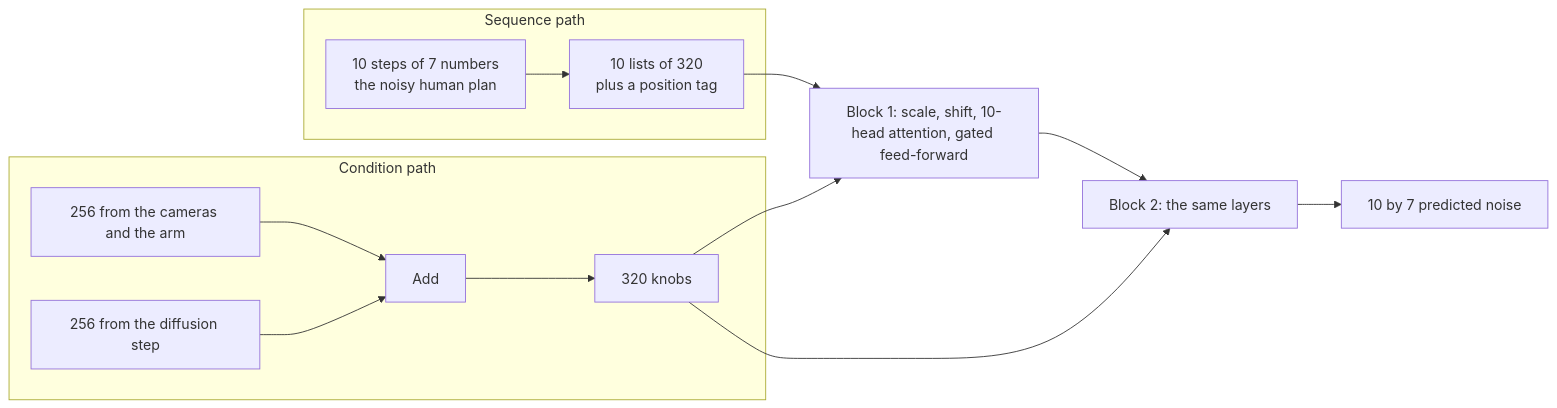
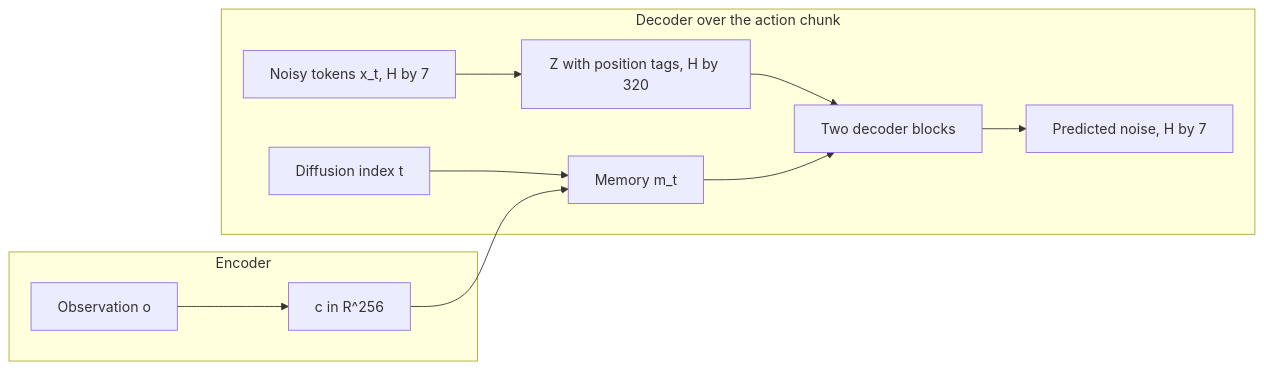
One commit to jerryyao-uofc/visuo-dit changed the third of 3 diagrams in README.md. Above: the diagram before and after it, drawn with Mermaid. The commit also changed other lines of this file, not shown here.

Commit message:
Write the action chunk as an encoder-decoder sequence with the decoder equations.

````diff
--- a/README.md
+++ b/README.md
@@ -142,16 +166,14 @@
 ```mermaid
 flowchart LR
-    subgraph seq [Sequence path]
-        A7["10 steps of 7 numbers<br/>the noisy human plan"] --> A320["10 lists of 320<br/>plus a position tag"]
+    subgraph enc [Encoder]
+        O["Observation o"] --> C["c in R^256"]
     end
-    subgraph cond [Condition path]
-        CAM["256 from the cameras and the arm"] --> PLUS["Add"]
-        T["256 from the diffusion step"] --> PLUS
-        PLUS --> K["320 knobs"]
+    subgraph dec [Decoder over the action chunk]
+        XT["Noisy tokens x_t, H by 7"] --> Z0["Z with position tags, H by 320"]
+        C --> M["Memory m_t"]
+        TT["Diffusion index t"] --> M
+        Z0 --> BLK["Two decoder blocks"]
+        M --> BLK
+        BLK --> EPS["Predicted noise, H by 7"]
     end
-    A320 --> B1["Block 1: scale, shift, 10-head attention, gated feed-forward"]
-    K --> B1
-    B1 --> B2["Block 2: the same layers"]
-    K --> B2
-    B2 --> OUT["10 by 7 predicted noise"]
 ```
````
